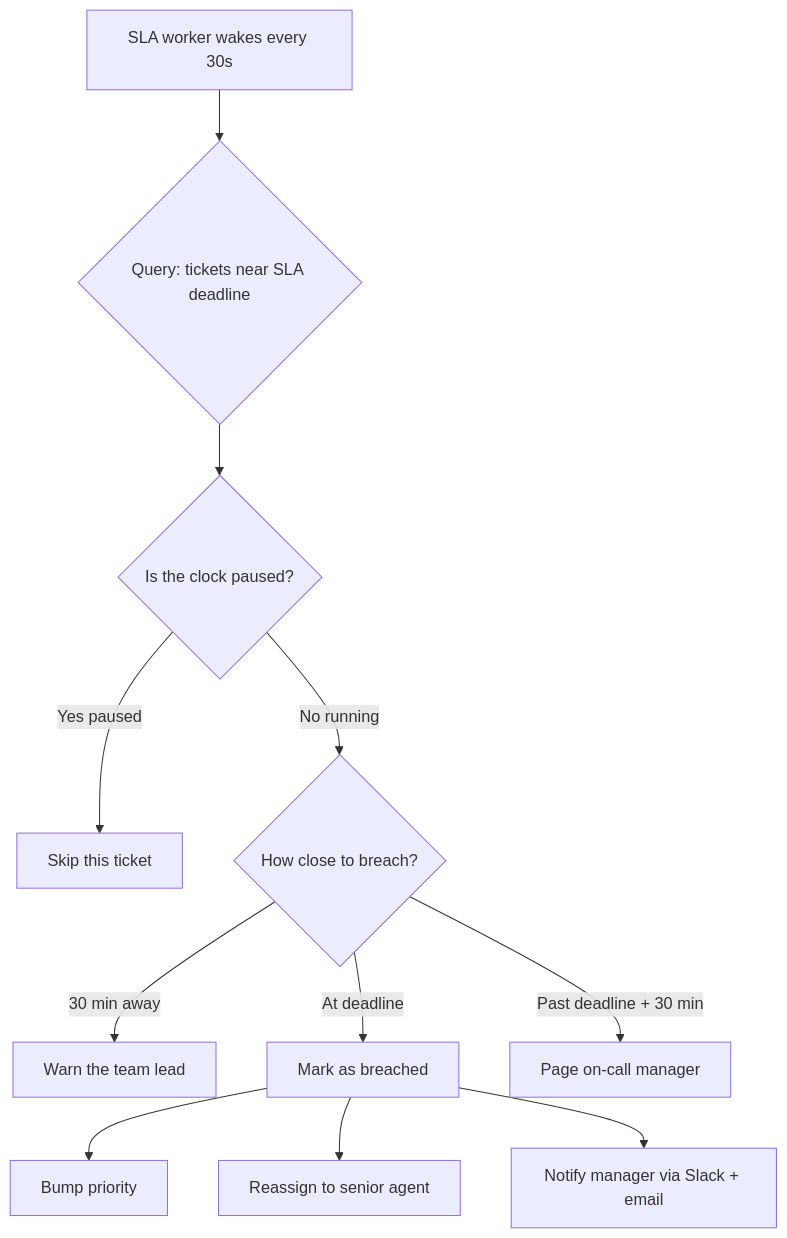
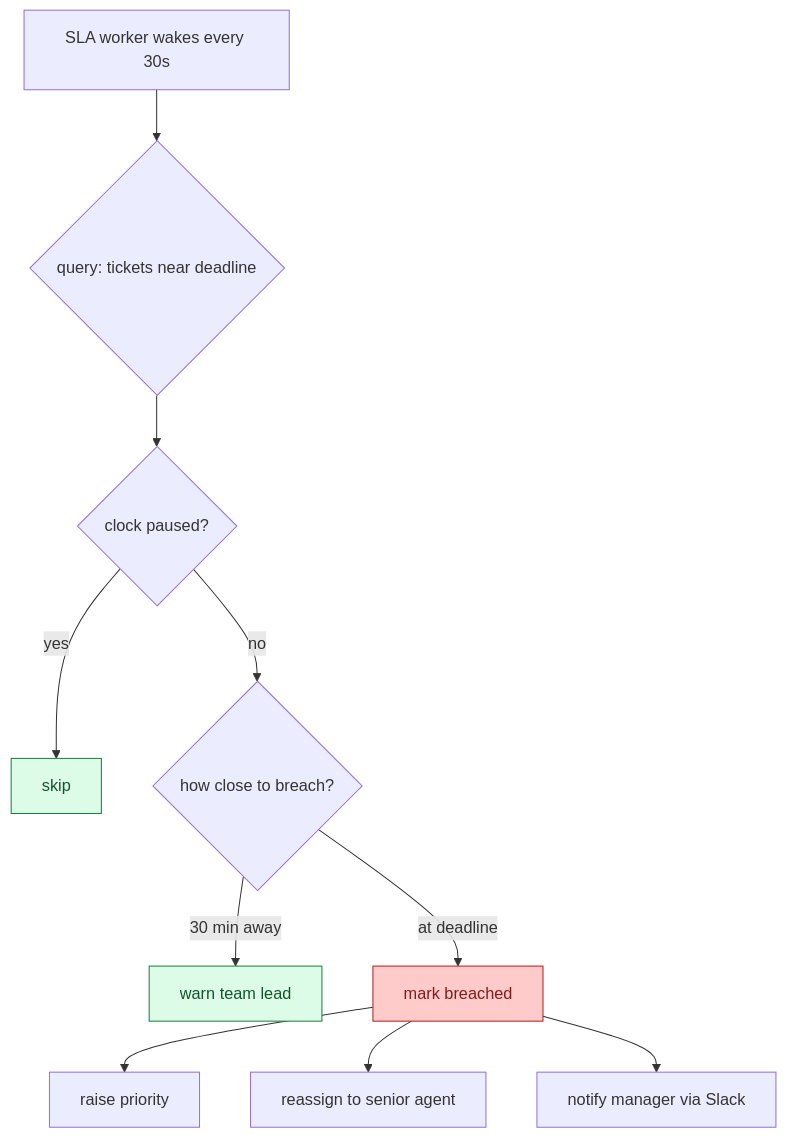
One commit to shiningflash/system-design changed the tenth of 10 diagrams in problems/019-helpdesk-ticketing/question.md. Above: the diagram before and after it, drawn with Mermaid. The commit also changed other lines of this file and 38 other files, not shown here.

````diff
--- a/problems/019-helpdesk-ticketing/question.md
+++ b/problems/019-helpdesk-ticketing/question.md
@@ -428,13 +436,15 @@
 ```mermaid
 flowchart TD
-    A[SLA worker wakes every 30s] --> B{Query: tickets near SLA deadline}
-    B --> C{Is the clock paused?}
-    C -->|Yes paused| D[Skip this ticket]
-    C -->|No running| E{How close to breach?}
-    E -->|30 min away| F[Warn the team lead]
-    E -->|At deadline| G[Mark as breached]
-    G --> H[Bump priority]
-    G --> I[Reassign to senior agent]
-    G --> J[Notify manager via Slack + email]
-    E -->|Past deadline + 30 min| K[Page on-call manager]
+    A[SLA worker wakes every 30s] --> B{query: tickets near deadline}
+    B --> C{clock paused?}
+    C -- yes --> D[skip]:::ok
+    C -- no --> E{how close to breach?}
+    E -- 30 min away --> F[warn team lead]:::ok
+    E -- at deadline --> G[mark breached]:::bad
+    G --> H[raise priority]
+    G --> I[reassign to senior agent]
+    G --> J[notify manager via Slack]
+
+    classDef ok fill:#dcfce7,stroke:#15803d,color:#14532d
+    classDef bad fill:#fecaca,stroke:#b91c1c,color:#7f1d1d
 ```
````
